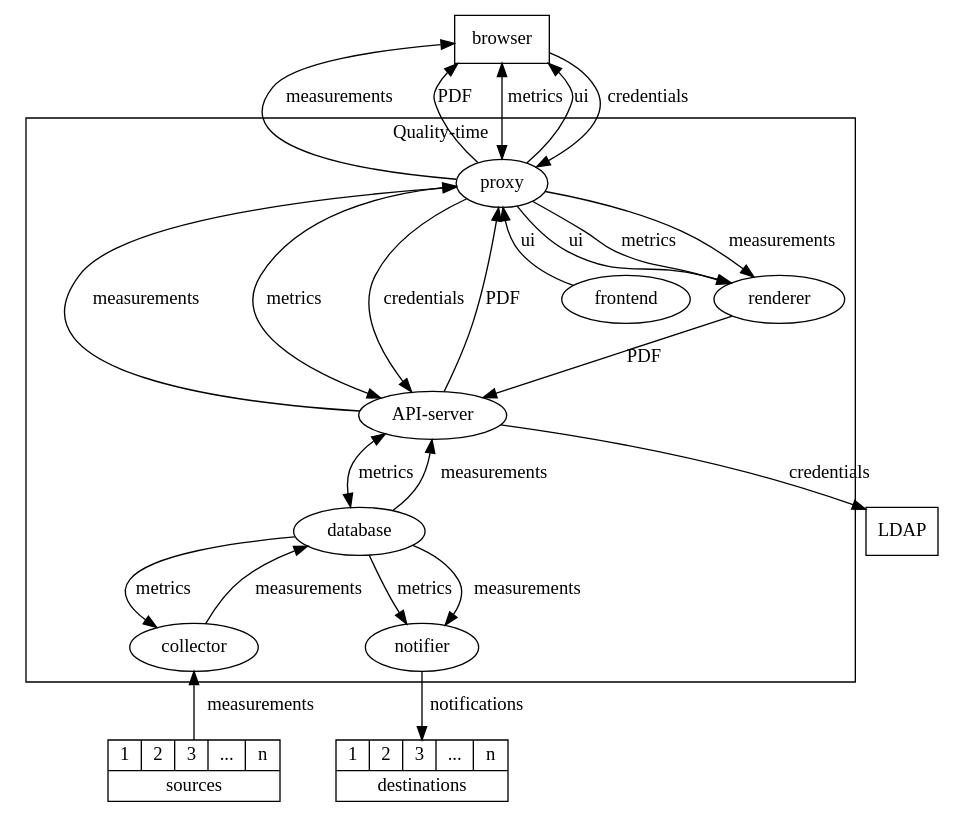
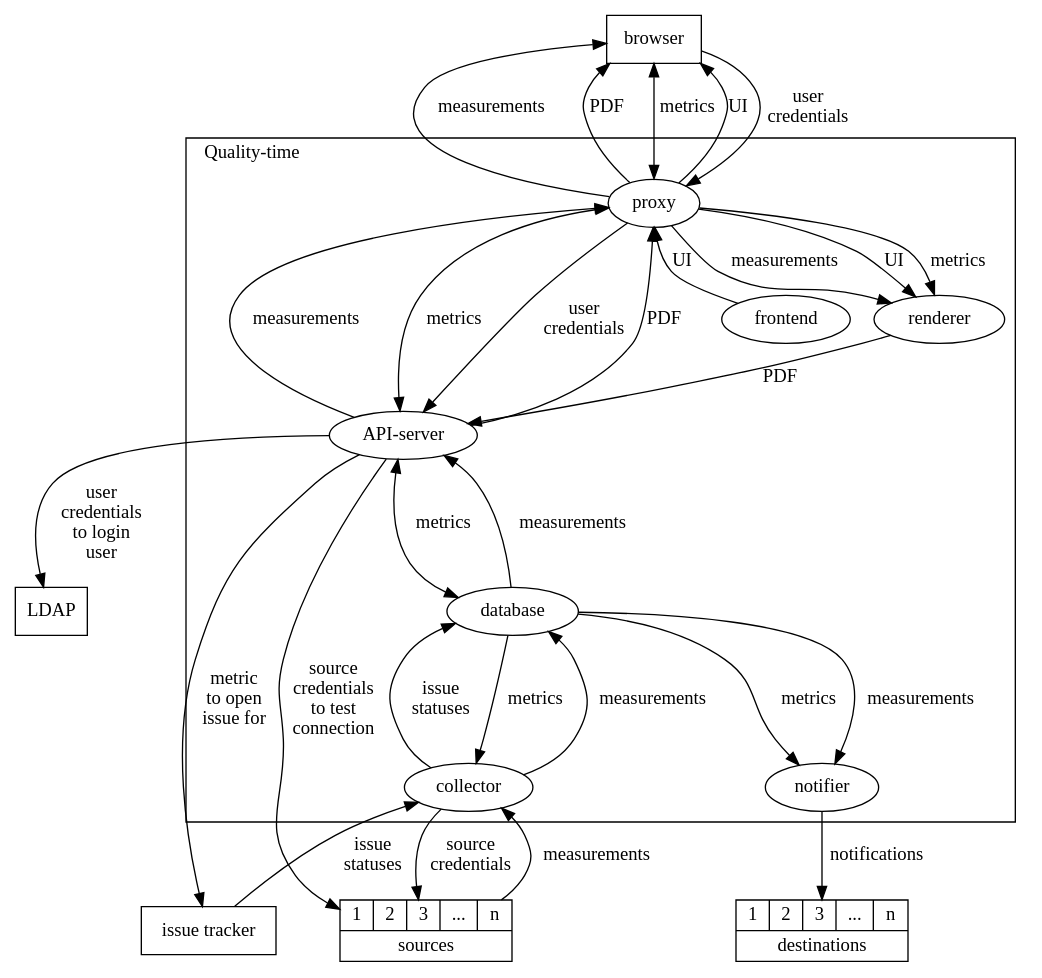
Before and after one commit to ICTU/quality-time: the diagram in docs/src/components-light.dot, drawn with Graphviz. The commit also changed 3 other files, not shown here.

First line of the commit message:
Fix API-server documentation

```diff
--- a/docs/src/components-light.dot
+++ b/docs/src/components-light.dot
@@ -1,38 +1,46 @@
 digraph {
-  graph [bcolor=transparant, fontname="SFMono-Regular"]
+  graph [bgcolor=white, fontname="SFMono-Regular"]
   node [fontname="SFMono-Regular"]
   edge [fontname="SFMono-Regular"]
+  ldap [shape=rectangle, label="LDAP"]
   browser [shape=rectangle]
-  ldap [shape=rectangle, label="LDAP"]
+  issue_tracker [shape=rectangle, label="issue tracker"]
   subgraph cluster_qt {
     rank="min"
     label="Quality-time"
+    labeljust="left"
     color=black
+    fontcolor="black"
     api_server [label="API-server"]
-    proxy -> frontend [label=ui, dir="back"]
+    proxy -> frontend [label=UI, dir="back"]
     proxy -> api_server [label=measurements, dir="back"]
     proxy -> api_server [label=metrics, dir="both"]
-    proxy -> api_server [label=credentials]
+    proxy -> api_server [label="user\ncredentials"]
     proxy -> api_server [label=PDF, dir="back"]
-    proxy -> renderer [label=ui]
+    proxy -> renderer [label=UI]
     proxy -> renderer [label=metrics]
     proxy -> renderer [label=measurements]
     api_server -> database [label=metrics, dir="both"]
     api_server -> database [label=measurements, dir="back"]
     database -> collector [label=metrics]
     database -> collector [label=measurements, dir="back"]
+    database -> collector [label="issue\nstatuses", dir="back"]
     database -> notifier [label=metrics]
     database -> notifier [label=measurements]
     renderer -> api_server [label=PDF]
   }
   browser -> proxy [label=measurements, dir="back"]
   browser -> proxy [label=PDF, dir="back"]
   browser -> proxy [label=metrics, dir="both"]
-  browser -> proxy [label=ui, dir="back"]
-  browser -> proxy [label=credentials]
+  browser -> proxy [label=UI, dir="back"]
+  browser -> proxy [label="user\ncredentials"]
   collector -> source [label=measurements, dir="back"]
-  notifier -> destination [label=notifications]
-  api_server -> ldap [label=credentials]
+  collector -> source [label="source\ncredentials"]
+  collector -> issue_tracker [label="issue\nstatuses", dir="back"]
+  api_server -> ldap [label="user\ncredentials\nto login\nuser"]
+  api_server -> source [label="source\ncredentials\nto test\nconnection"]
+  api_server -> issue_tracker [label="metric\nto open\nissue for"]
   source [label="{{1|2|3|...|n}|sources}" shape=record]
   destination [label="{{1|2|3|...|n}|destinations}" shape=record]
+  notifier -> destination [label=notifications]
 }
```
